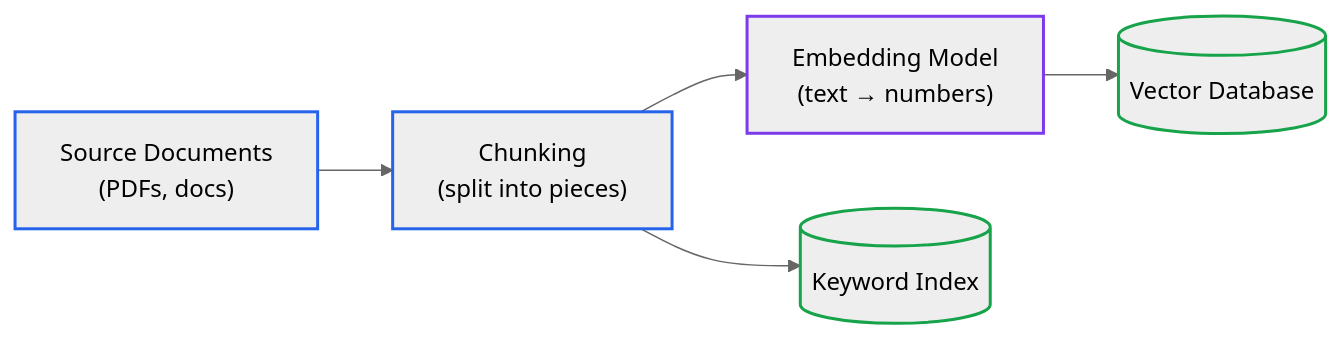
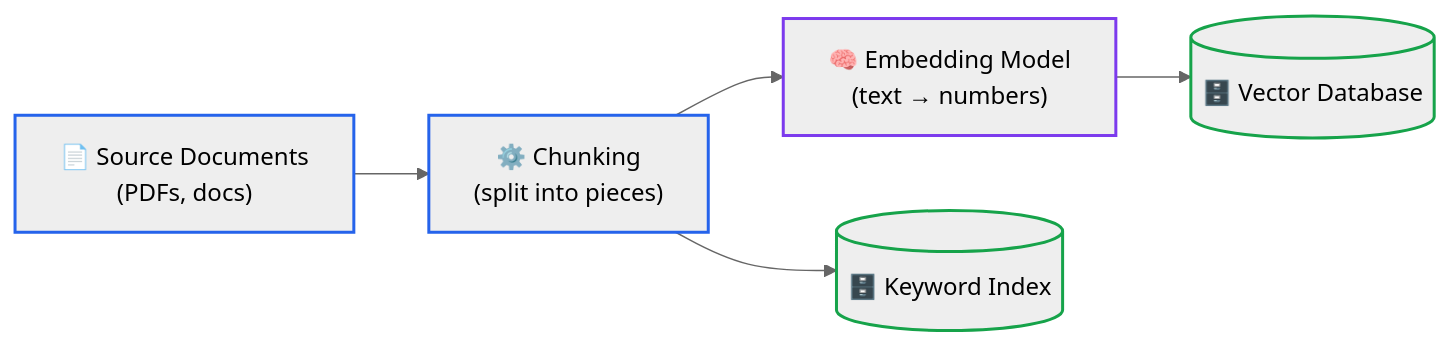
Before and after one commit to dip4k/senior-engineer-to-ai-engineer-roadmap: the third of 7 diagrams in .agents/skills/ai-curriculum-refactoring/references/diagram-guidelines.md, drawn with Mermaid (neutral theme). The commit also changed other lines of this file and 39 other files, not shown here.

First line of the commit message:
feat(curriculum): upgrade mermaid diagrams with unicode icons & codify anti-bloat layout rules

````diff
--- a/.agents/skills/ai-curriculum-refactoring/references/diagram-guidelines.md
+++ b/.agents/skills/ai-curriculum-refactoring/references/diagram-guidelines.md
@@ -82,13 +82,13 @@
 ```mermaid
 flowchart LR
-    D["Source Documents<br>(PDFs, docs)"] --> C["Chunking<br>(split into pieces)"]
-    C --> E["Embedding Model<br>(text → numbers)"]
-    E --> V[("Vector Database")]
-    C --> K[("Keyword Index")]
+    D["📄 Source Documents<br>(PDFs, docs)"] --> C["⚙️ Chunking<br>(split into pieces)"]
+    C --> E["🧠 Embedding Model<br>(text → numbers)"]
+    E --> V[("🗄️ Vector Database")]
+    C --> K[("🗄️ Keyword Index")]
 
     style D stroke:#2563eb,stroke-width:2px
     style C stroke:#2563eb,stroke-width:2px
     style E stroke:#7c3aed,stroke-width:2px
     style V stroke:#16a34a,stroke-width:2px
     style K stroke:#16a34a,stroke-width:2px
 ```
````
